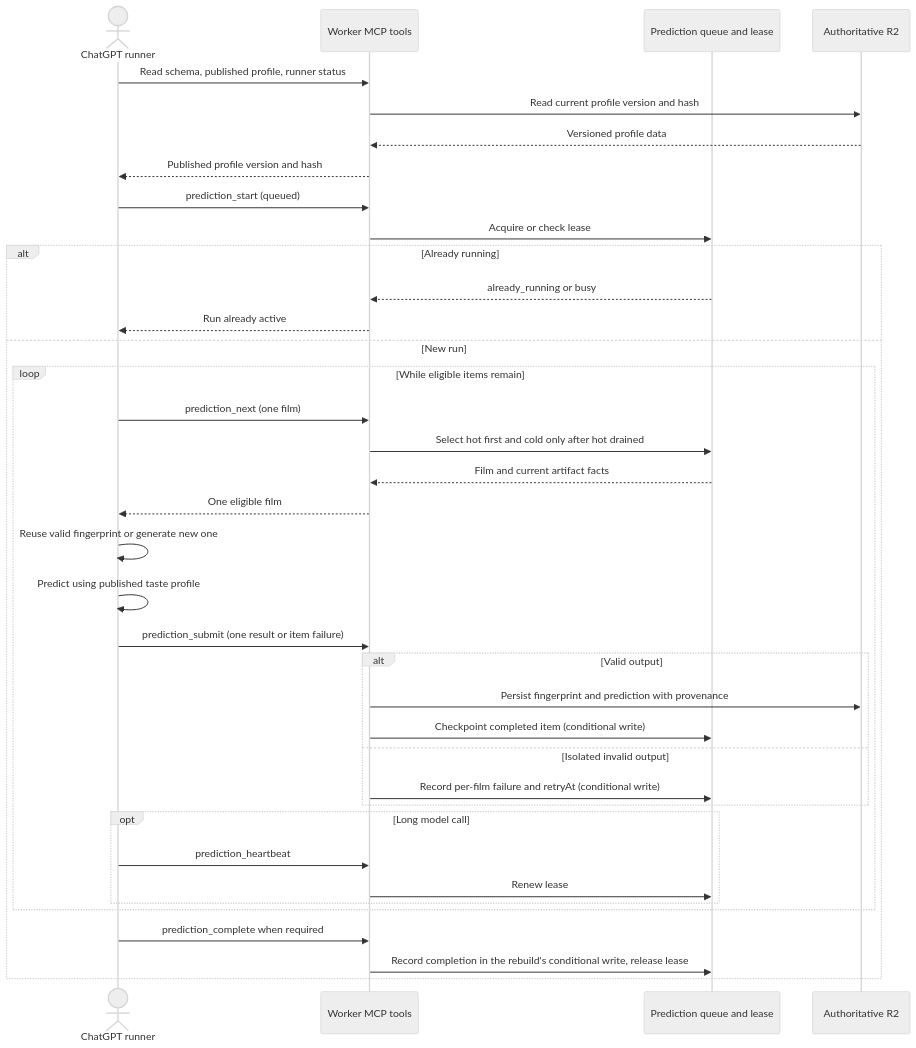
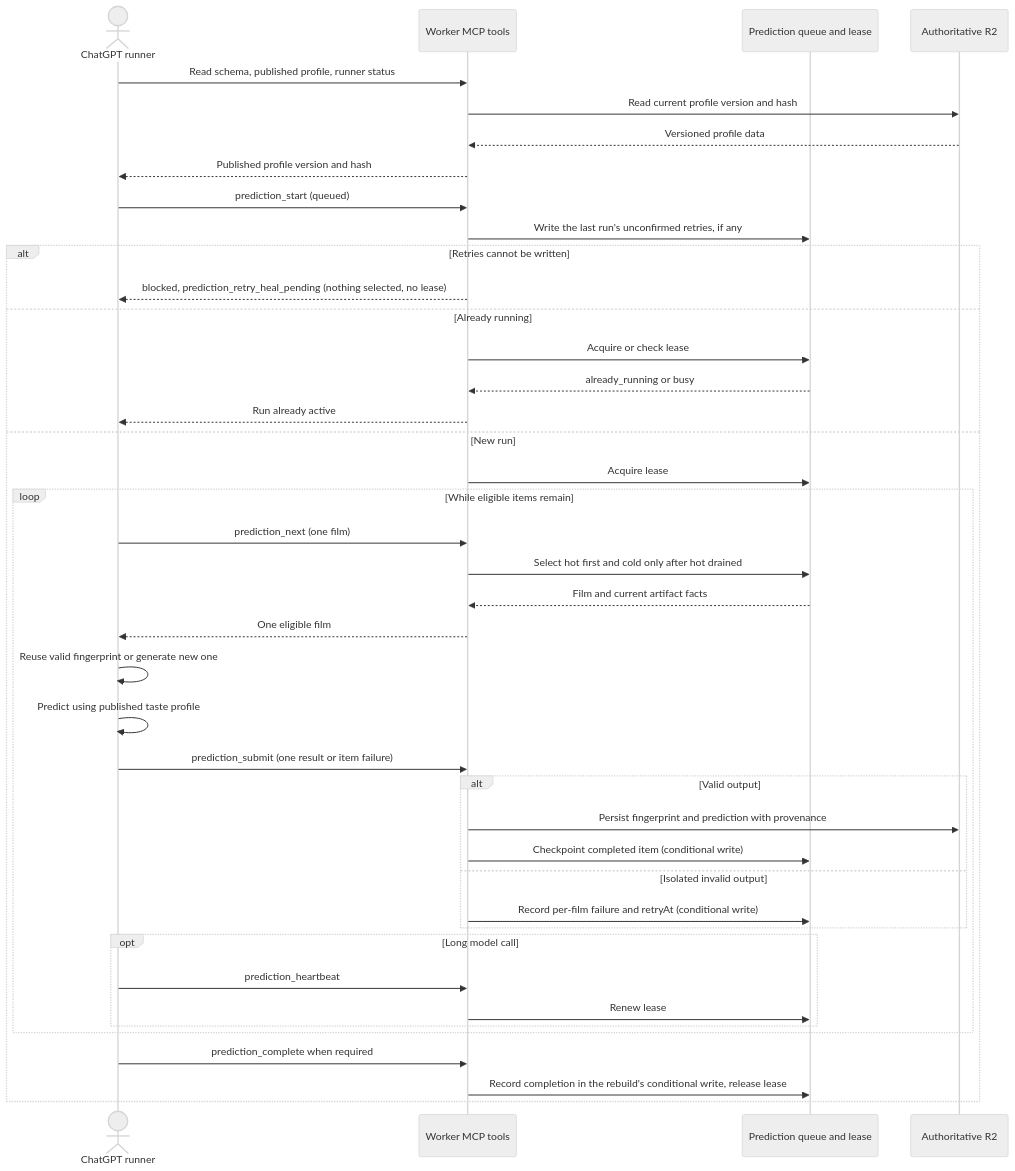
The first of 2 diagrams in docs/architecture/prediction-pipeline.md (vladimino/iptv-watchlist), drawn with Mermaid (neutral theme) before and after one commit. The commit also changed other lines of this file and 6 other files, not shown here.

Commit message:
Document the fail-closed retry write: ADR 0062 decision 9, start gate in the runner diagram, reference, runbook, Scheduled Task note and race evidence

````diff
--- a/docs/architecture/prediction-pipeline.md
+++ b/docs/architecture/prediction-pipeline.md
@@ -5,39 +5,43 @@
 ```mermaid
 sequenceDiagram
     actor Client as ChatGPT runner
     participant MCP as Worker MCP tools
     participant Queue as Prediction queue and lease
     participant R2 as Authoritative R2
     Client->>MCP: Read schema, published profile, runner status
     MCP->>R2: Read current profile version and hash
     R2-->>MCP: Versioned profile data
     MCP-->>Client: Published profile version and hash
     Client->>MCP: prediction_start (queued)
-    MCP->>Queue: Acquire or check lease
-    alt Already running
+    MCP->>Queue: Write the last run's unconfirmed retries, if any
+    alt Retries cannot be written
+        MCP-->>Client: blocked, prediction_retry_heal_pending (nothing selected, no lease)
+    else Already running
+        MCP->>Queue: Acquire or check lease
         Queue-->>MCP: already_running or busy
         MCP-->>Client: Run already active
     else New run
+        MCP->>Queue: Acquire lease
         loop While eligible items remain
             Client->>MCP: prediction_next (one film)
             MCP->>Queue: Select hot first and cold only after hot drained
             Queue-->>MCP: Film and current artifact facts
             MCP-->>Client: One eligible film
             Client->>Client: Reuse valid fingerprint or generate new one
             Client->>Client: Predict using published taste profile
             Client->>MCP: prediction_submit (one result or item failure)
             alt Valid output
                 MCP->>R2: Persist fingerprint and prediction with provenance
                 MCP->>Queue: Checkpoint completed item (conditional write)
             else Isolated invalid output
                 MCP->>Queue: Record per-film failure and retryAt (conditional write)
             end
             opt Long model call
                 Client->>MCP: prediction_heartbeat
                 MCP->>Queue: Renew lease
             end
         end
         Client->>MCP: prediction_complete when required
         MCP->>Queue: Record completion in the rebuild's conditional write, release lease
     end
 ```
````
